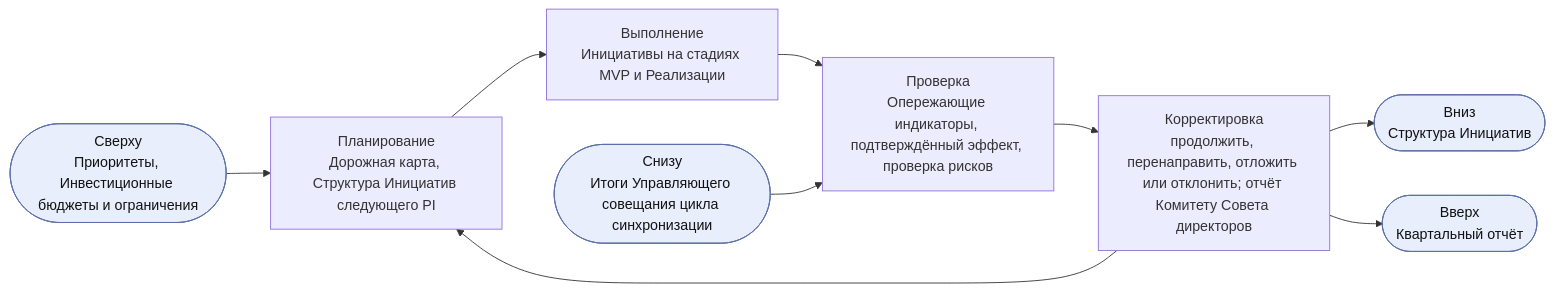
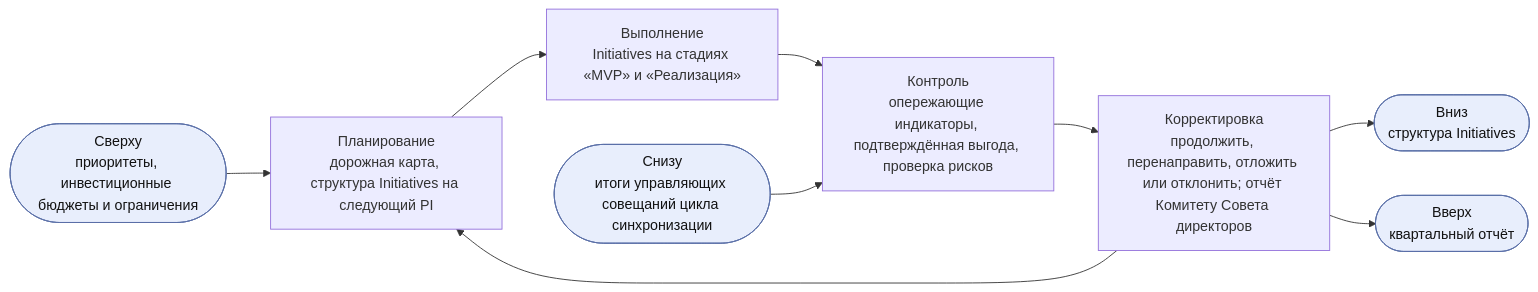
The second of 8 diagrams in charter/ru/documents/portfolio-management-model.md (devhogu/ob-aicc), drawn with Mermaid before and after one commit. The commit also changed other lines of this file and 4 other files, not shown here.

````diff
--- a/charter/ru/documents/portfolio-management-model.md
+++ b/charter/ru/documents/portfolio-management-model.md
@@ -79,9 +79,9 @@
 ```mermaid
 flowchart LR
-  IN(["Сверху<br/>Приоритеты, Инвестиционные бюджеты и ограничения"]):::iface --> P
-  P["Планирование<br/>Дорожная карта, Структура Инициатив следующего PI"] --> D["Выполнение<br/>Инициативы на стадиях MVP и Реализации"] --> C["Проверка<br/>Опережающие индикаторы, подтверждённый эффект, проверка рисков"] --> A["Корректировка<br/>продолжить, перенаправить, отложить или отклонить; отчёт Комитету Совета директоров"] --> P
-  EV(["Снизу<br/>Итоги Управляющего совещания цикла синхронизации"]):::iface --> C
-  A --> OUT(["Вниз<br/>Структура Инициатив"]):::iface
-  A --> UP(["Вверх<br/>Квартальный отчёт"]):::iface
+  IN(["Сверху<br/>приоритеты, инвестиционные бюджеты и ограничения"]):::iface --> P
+  P["Планирование<br/>дорожная карта, структура Initiatives на следующий PI"] --> D["Выполнение<br/>Initiatives на стадиях «MVP» и «Реализация»"] --> C["Контроль<br/>опережающие индикаторы, подтверждённая выгода, проверка рисков"] --> A["Корректировка<br/>продолжить, перенаправить, отложить или отклонить; отчёт Комитету Совета директоров"] --> P
+  EV(["Снизу<br/>итоги управляющих совещаний цикла синхронизации"]):::iface --> C
+  A --> OUT(["Вниз<br/>структура Initiatives"]):::iface
+  A --> UP(["Вверх<br/>квартальный отчёт"]):::iface
   classDef iface fill:#e8eefc,stroke:#5a6fa8,color:#111
 ```
````
